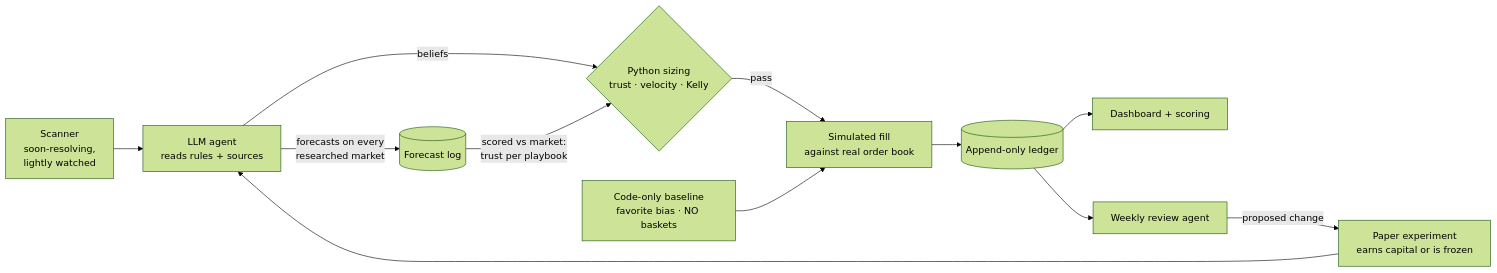
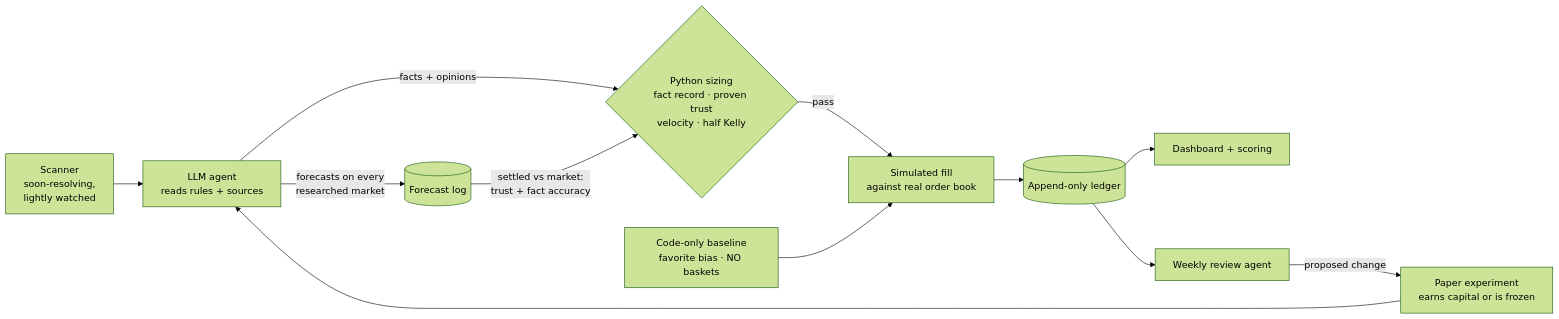
The diagram in README.md (Amadeus415/agentic_trading), drawn with Mermaid (forest theme) before and after one commit. The commit also changed other lines of this file and 6 other files, not shown here.

````diff
--- a/README.md
+++ b/README.md
@@ -37,14 +39,14 @@
 ```mermaid
 flowchart LR
     S[Scanner<br/>soon-resolving,<br/>lightly watched] --> R[LLM agent<br/>reads rules + sources]
     R -->|forecasts on every<br/>researched market| FL[(Forecast log)]
-    R -->|beliefs| G{Python sizing<br/>trust · velocity · Kelly}
-    FL -->|scored vs market:<br/>trust per playbook| G
+    R -->|facts + opinions| G{Python sizing<br/>fact record · proven trust<br/>velocity · half Kelly}
+    FL -->|settled vs market:<br/>trust + fact accuracy| G
     G -->|pass| F[Simulated fill<br/>against real order book]
     F --> L[(Append-only ledger)]
     B[Code-only baseline<br/>favorite bias · NO baskets] --> F
     L --> D[Dashboard + scoring]
     L --> V[Weekly review agent]
     V -->|proposed change| E[Paper experiment<br/>earns capital or is frozen]
     E --> R
 ```
````
